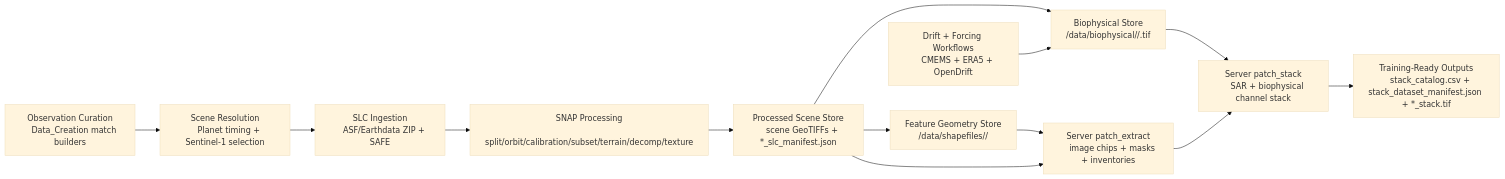
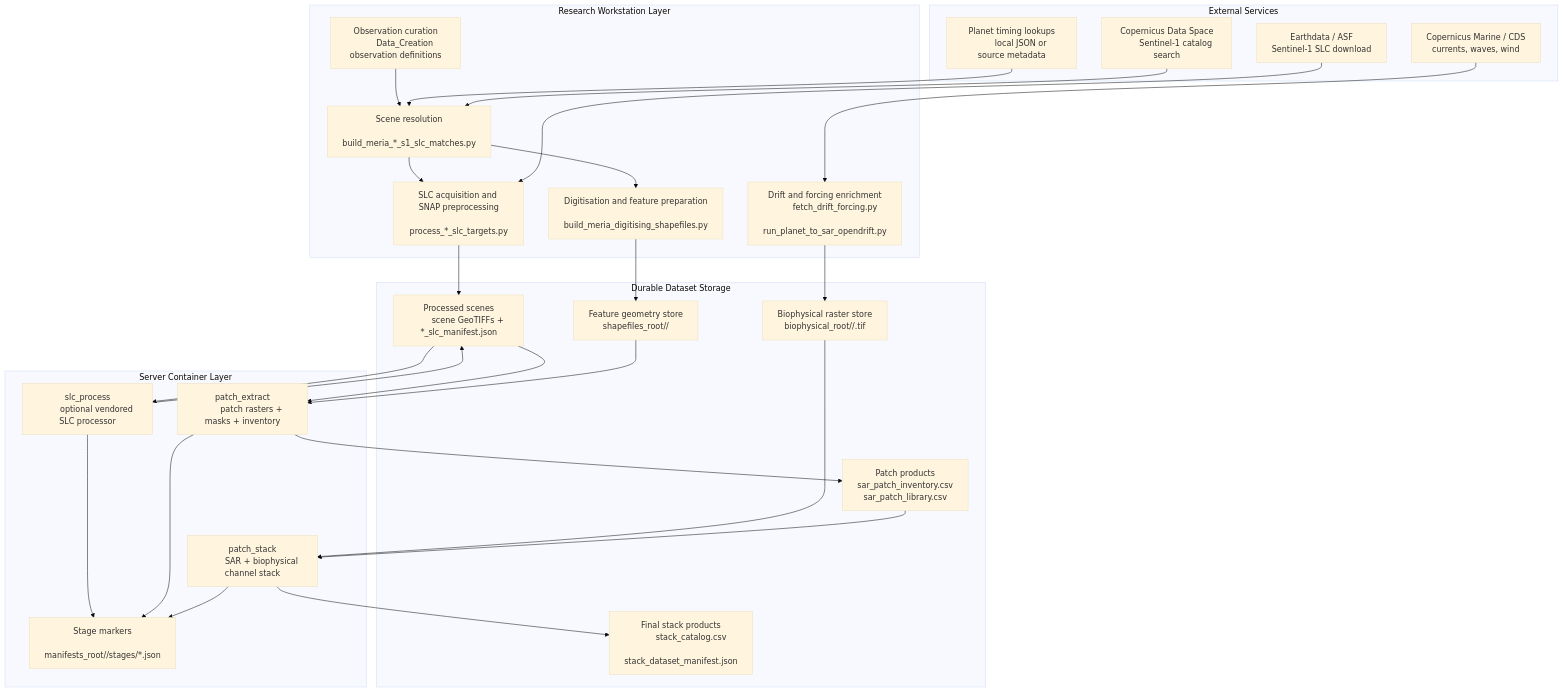
Before and after one commit to Joshua-Pretorius/Masters: the first of 3 diagrams in docs/superpowers/specs/2026-07-06-repo-server-architecture-design.md, drawn with Mermaid (base theme). The commit also changed other lines of this file, not shown here.

Commit message:
docs: expand architecture diagrams

````diff
--- a/docs/superpowers/specs/2026-07-06-repo-server-architecture-design.md
+++ b/docs/superpowers/specs/2026-07-06-repo-server-architecture-design.md
@@ -740,26 +740,77 @@
 ```mermaid
-flowchart LR
-    A["Observation Curation
-    Data_Creation match builders"] --> B["Scene Resolution
-    Planet timing + Sentinel-1 selection"]
-    B --> C["SLC Ingestion
-    ASF/Earthdata ZIP + SAFE"]
-    C --> D["SNAP Processing
-    split/orbit/calibration/subset/terrain/decomp/texture"]
-    D --> E["Processed Scene Store
-    scene GeoTIFFs + *_slc_manifest.json"]
-    E --> F["Feature Geometry Store
-    /data/shapefiles/<scene_id>/"]
-    E --> G["Biophysical Store
-    /data/biophysical/<scene_id>/<band>.tif"]
-    H["Drift + Forcing Workflows
-    CMEMS + ERA5 + OpenDrift"] --> G
-    F --> I["Server patch_extract
-    image chips + masks + inventories"]
-    E --> I
-    G --> J["Server patch_stack
-    SAR + biophysical channel stack"]
-    I --> J
-    J --> K["Training-Ready Outputs
-    stack_catalog.csv + stack_dataset_manifest.json + *_stack.tif"]
+flowchart TB
+    subgraph RW["Research Workstation Layer"]
+        A["Observation curation
+        Data_Creation observation definitions"]
+        B["Scene resolution
+        build_meria_*_s1_slc_matches.py"]
+        C["SLC acquisition and SNAP preprocessing
+        process_*_slc_targets.py"]
+        D["Drift and forcing enrichment
+        fetch_drift_forcing.py
+        run_planet_to_sar_opendrift.py"]
+        E["Digitisation and feature preparation
+        build_meria_digitising_shapefiles.py"]
+    end
+
+    subgraph EXT["External Services"]
+        X1["Planet timing lookups
+        local JSON or source metadata"]
+        X2["Copernicus Data Space
+        Sentinel-1 catalog search"]
+        X3["Earthdata / ASF
+        Sentinel-1 SLC download"]
+        X4["Copernicus Marine / CDS
+        currents, waves, wind"]
+    end
+
+    subgraph DS["Durable Dataset Storage"]
+        S1["Processed scenes
+        scene GeoTIFFs + *_slc_manifest.json"]
+        S2["Feature geometry store
+        shapefiles_root/<scene_id>/"]
+        S3["Biophysical raster store
+        biophysical_root/<scene_id>/<band>.tif"]
+        S4["Patch products
+        sar_patch_inventory.csv
+        sar_patch_library.csv"]
+        S5["Final stack products
+        stack_catalog.csv
+        stack_dataset_manifest.json"]
+    end
+
+    subgraph SRV["Server Container Layer"]
+        P1["slc_process
+        optional vendored SLC processor"]
+        P2["patch_extract
+        patch rasters + masks + inventory"]
+        P3["patch_stack
+        SAR + biophysical channel stack"]
+        P4["Stage markers
+        manifests_root/<run_id>/stages/*.json"]
+    end
+
+    A --> B
+    B --> C
+    B --> E
+    C --> S1
+    D --> S3
+    E --> S2
+
+    X1 --> B
+    X2 --> B
+    X3 --> C
+    X4 --> D
+
+    S1 --> P1
+    S1 --> P2
+    S2 --> P2
+    S3 --> P3
+    P1 --> S1
+    P2 --> S4
+    S4 --> P3
+    P3 --> S5
+    P1 --> P4
+    P2 --> P4
+    P3 --> P4
 ```
````
